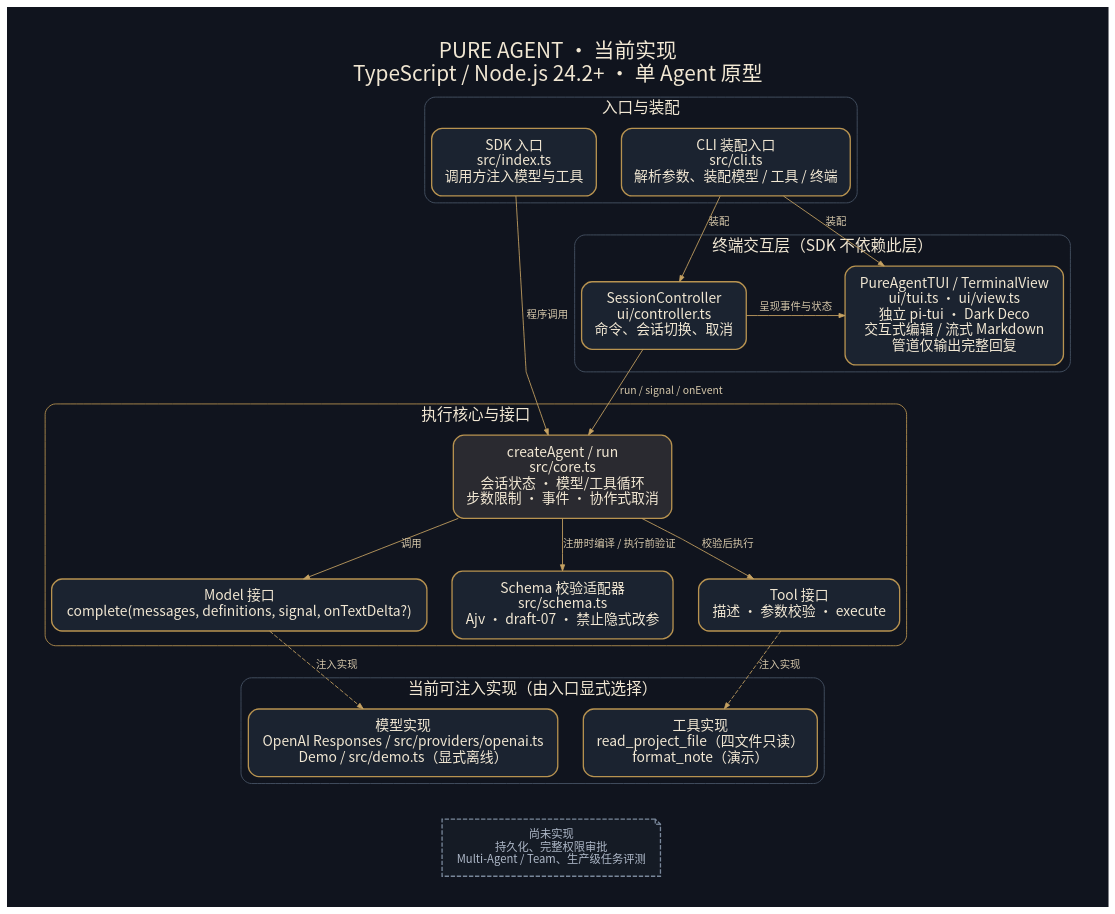
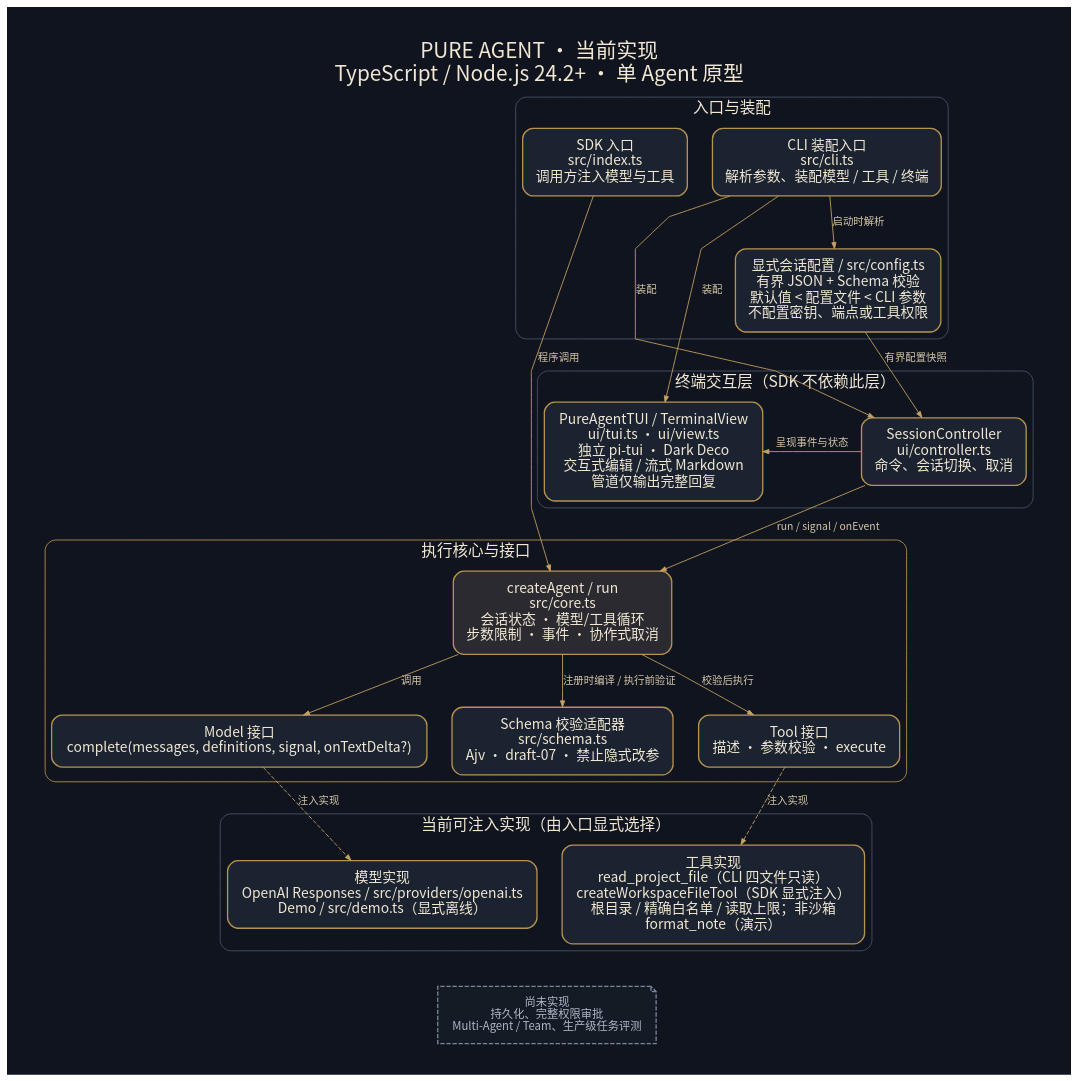
The diagram in docs/architecture.dot (pixelieee/pure-agent), drawn with Graphviz before and after one commit. The commit also changed 4 other files, not shown here.

Commit message:
docs: update accepted SDK capabilities and architecture evidence

```diff
--- a/docs/architecture.dot
+++ b/docs/architecture.dot
@@ -1,39 +1,42 @@
 digraph PureAgent {
  graph [rankdir=TB, bgcolor="#10141e", pad="0.5", nodesep="0.4", ranksep="0.65", fontname="Noto Sans CJK SC", fontsize=24, fontcolor="#f1e7d3", labelloc=t, label="PURE AGENT · 当前实现\nTypeScript / Node.js 24.2+ · 单 Agent 原型", splines=polyline];
  node [shape=box, style="rounded,filled", color="#b89350", fillcolor="#1b2330", fontcolor="#f1e7d3", fontname="Noto Sans CJK SC", fontsize=16, margin="0.22,0.16", penwidth=1.5];
  edge [color="#c6a262", fontcolor="#d5c7aa", fontname="Noto Sans CJK SC", fontsize=12, arrowsize=0.7];
  subgraph cluster_entry {label="入口与装配"; fontsize=18; color="#485566"; style=rounded;
  sdk [label="SDK 入口\nsrc/index.ts\n调用方注入模型与工具"];
  cli [label="CLI 装配入口\nsrc/cli.ts\n解析参数、装配模型 / 工具 / 终端"];
+ config [label="显式会话配置 / src/config.ts\n有界 JSON + Schema 校验\n默认值 < 配置文件 < CLI 参数\n不配置密钥、端点或工具权限"];
  {rank=same; sdk;cli;}
  }
  subgraph cluster_ui {label="终端交互层（SDK 不依赖此层）";fontsize=18;color="#485566";style=rounded;
  ctrl [label="SessionController\nui/controller.ts\n命令、会话切换、取消"];
  view [label="PureAgentTUI / TerminalView\nui/tui.ts · ui/view.ts\n独立 pi-tui · Dark Deco\n交互式编辑 / 流式 Markdown\n管道仅输出完整回复"];
  {rank=same;ctrl;view;}
  }
  subgraph cluster_core {label="执行核心与接口";fontsize=18;color="#b89350";style=rounded;
  core [label="createAgent / run\nsrc/core.ts\n会话状态 · 模型/工具循环\n步数限制 · 事件 · 协作式取消",fillcolor="#2a2a30"];
  model [label="Model 接口\ncomplete(messages, definitions, signal, onTextDelta?)"];
  schema [label="Schema 校验适配器\nsrc/schema.ts\nAjv · draft-07 · 禁止隐式改参"];
  tool [label="Tool 接口\n描述 · 参数校验 · execute"];
  {rank=same;model;tool;}
  }
  subgraph cluster_impl {label="当前可注入实现（由入口显式选择）";fontsize=18;color="#485566";style=rounded;
  demo [label="模型实现\nOpenAI Responses / src/providers/openai.ts\nDemo / src/demo.ts（显式离线）"];
- note [label="工具实现\nread_project_file（四文件只读）\nformat_note（演示）"];
+ note [label="工具实现\nread_project_file（CLI 四文件只读）\ncreateWorkspaceFileTool（SDK 显式注入）\n根目录 / 精确白名单 / 读取上限；非沙箱\nformat_note（演示）"];
  {rank=same;demo;note;}
  }
  sdk -> core [label="程序调用"];
+ cli -> config [label="启动时解析"];
+ config -> ctrl [label="有界配置快照"];
  cli -> ctrl [label="装配"];
  cli -> view [label="装配"];
  ctrl -> core [label="run / signal / onEvent"];
  ctrl -> view [label="呈现事件与状态",constraint=false];
  core -> model [label="调用"];
  core -> tool [label="校验后执行"];
  core -> schema [label="注册时编译 / 执行前验证"];
  model -> demo [label="注入实现",style=dashed];
  tool -> note [label="注入实现",style=dashed];
  pending [shape=note,label="尚未实现\n持久化、完整权限审批\nMulti-Agent / Team、生产级任务评测",style="filled,dashed",color="#79879a",fillcolor="#151b25",fontcolor="#aeb8c8",fontsize=13];
  demo -> pending [style=invis];note -> pending [style=invis];
 }
```
